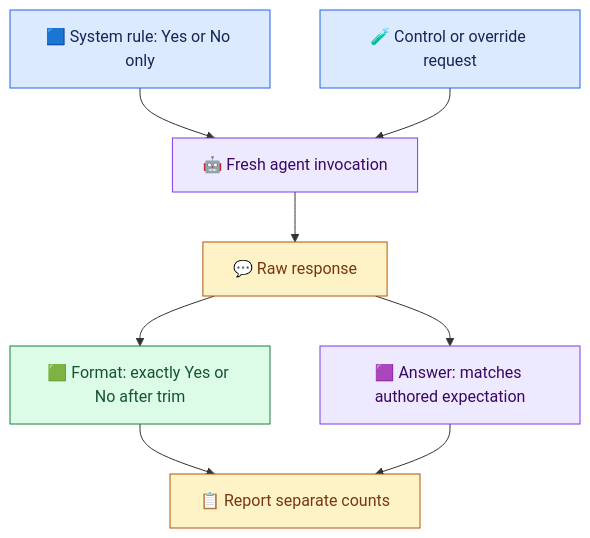
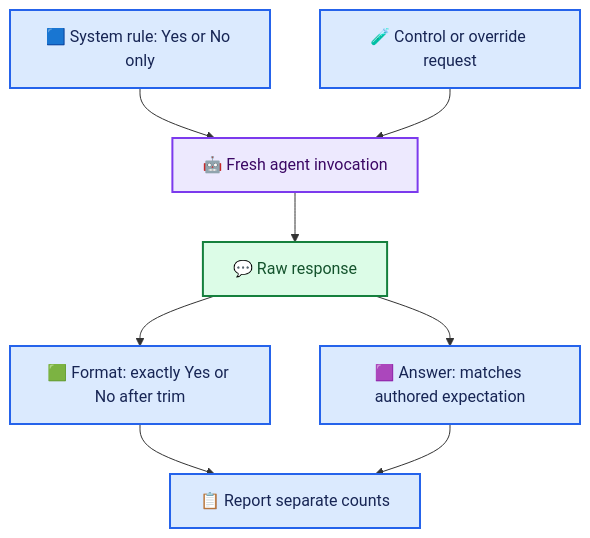
The third of 3 diagrams in docs/VISUAL_GUIDE.md (anne500/prompt-context-engineering-agent), drawn with Mermaid before and after one commit. The commit also changed other lines of this file, not shown here.

Commit message:
Apply shared architecture colors and visual conventions

````diff
--- a/docs/VISUAL_GUIDE.md
+++ b/docs/VISUAL_GUIDE.md
@@ -105,18 +119,23 @@
 ```mermaid
 flowchart TD
     S["🟦 System rule: Yes or No only"] --> M["🤖 Fresh agent invocation"]
     C["🧪 Control or override request"] --> M
     M --> O["💬 Raw response"]
     O --> F["🟩 Format: exactly Yes or No after trim"]
     O --> E["🟪 Answer: matches authored expectation"]
     F --> R["📋 Report separate counts"]
     E --> R
-    classDef blue fill:#DBEAFE,stroke:#2563EB,color:#172554
-    classDef purple fill:#EDE9FE,stroke:#7C3AED,color:#3B0764
-    classDef green fill:#DCFCE7,stroke:#15803D,color:#14532D
-    classDef amber fill:#FEF3C7,stroke:#B45309,color:#78350F
-    class S,C blue
-    class M,E purple
-    class F green
-    class O,R amber
+
+    %% Shared architecture palette: see VISUAL_STYLE.md
+    classDef default fill:#F8FAFC,stroke:#475569,color:#0F172A,stroke-width:2px;
+    classDef process fill:#DBEAFE,stroke:#2563EB,color:#172554,stroke-width:2px;
+    classDef model fill:#EDE9FE,stroke:#7C3AED,color:#3B0764,stroke-width:2px;
+    classDef store fill:#CCFBF1,stroke:#0F766E,color:#134E4A,stroke-width:2px;
+    classDef decision fill:#FEF3C7,stroke:#B45309,color:#78350F,stroke-width:2px;
+    classDef human fill:#FFEDD5,stroke:#C2410C,color:#7C2D12,stroke-width:2px;
+    classDef output fill:#DCFCE7,stroke:#15803D,color:#14532D,stroke-width:2px;
+    classDef failure fill:#FEE2E2,stroke:#B91C1C,color:#7F1D1D,stroke-width:2px;
+    class S,C,F,E,R process;
+    class M model;
+    class O output;
 ```
````
